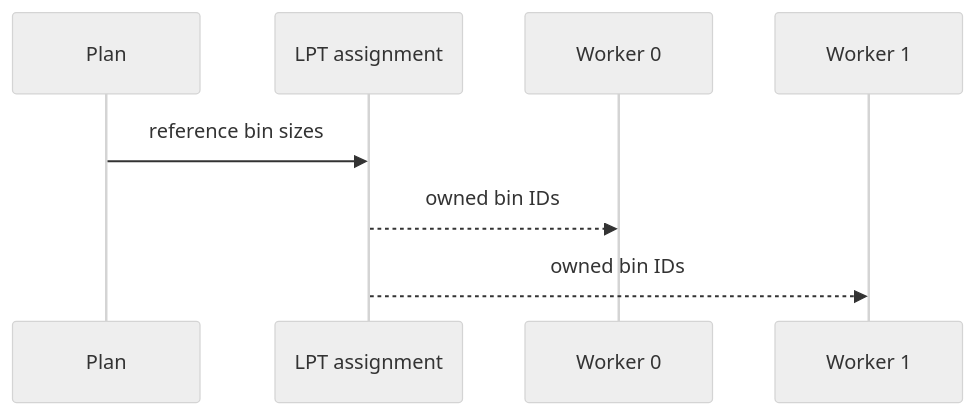
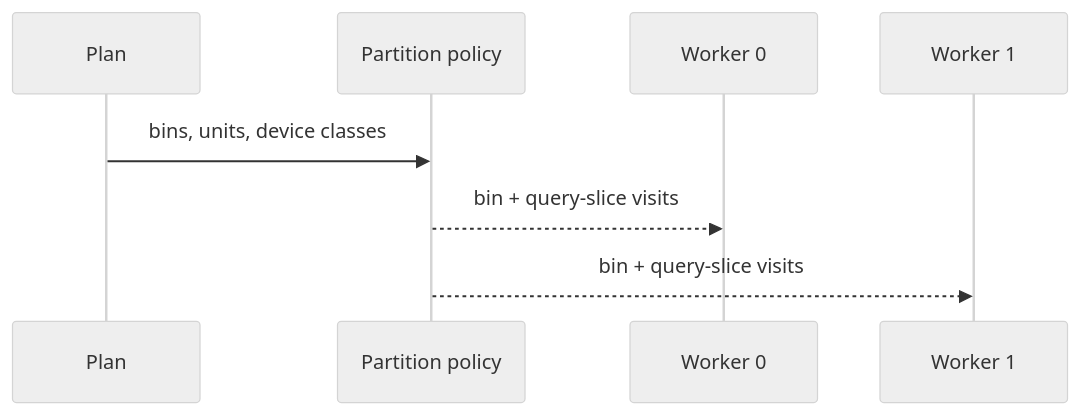
The first of 5 diagrams in docs/src/journeys/execution.md (hillerlab/hspZ), drawn with Mermaid (neutral theme) before and after one commit. The commit also changed other lines of this file and 33 other files, not shown here.

````diff
--- a/docs/src/journeys/execution.md
+++ b/docs/src/journeys/execution.md
@@ -16,10 +18,10 @@
 ```mermaid
 sequenceDiagram
     participant P as Plan
-    participant L as LPT assignment
+    participant L as Partition policy
     participant W0 as Worker 0
     participant W1 as Worker 1
-    P->>L: reference bin sizes
-    L-->>W0: owned bin IDs
-    L-->>W1: owned bin IDs
+    P->>L: bins, units, device classes
+    L-->>W0: bin + query-slice visits
+    L-->>W1: bin + query-slice visits
 ```
````
